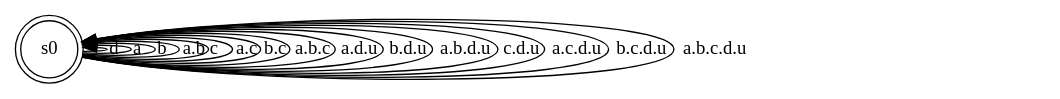
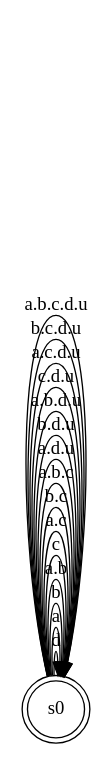
Before and after one commit to frederic-mallet/ccsl-sts: the diagram in Examples/CCSL_Primitives/sts/UnionIntersection.dot, drawn with Graphviz. The commit also changed 15 other files, not shown here.

```diff
--- a/Examples/CCSL_Primitives/sts/UnionIntersection.dot
+++ b/Examples/CCSL_Primitives/sts/UnionIntersection.dot
@@ -1,49 +1,49 @@
 digraph UnionIntersection { 
-  rankdir="BT"
+  rankdir="LR"
   s0 [ shape="doublecircle" ]
   s0->s0 [
     label= "d"
   ] ;
   s0->s0 [
     label= "a"
   ] ;
   s0->s0 [
     label= "b"
   ] ;
   s0->s0 [
     label= "a.b"
   ] ;
   s0->s0 [
     label= "c"
   ] ;
   s0->s0 [
     label= "a.c"
   ] ;
   s0->s0 [
     label= "b.c"
   ] ;
   s0->s0 [
     label= "a.b.c"
   ] ;
   s0->s0 [
     label= "a.d.u"
   ] ;
   s0->s0 [
     label= "b.d.u"
   ] ;
   s0->s0 [
     label= "a.b.d.u"
   ] ;
   s0->s0 [
     label= "c.d.u"
   ] ;
   s0->s0 [
     label= "a.c.d.u"
   ] ;
   s0->s0 [
     label= "b.c.d.u"
   ] ;
   s0->s0 [
     label= "a.b.c.d.u"
   ] ;
 }
```
